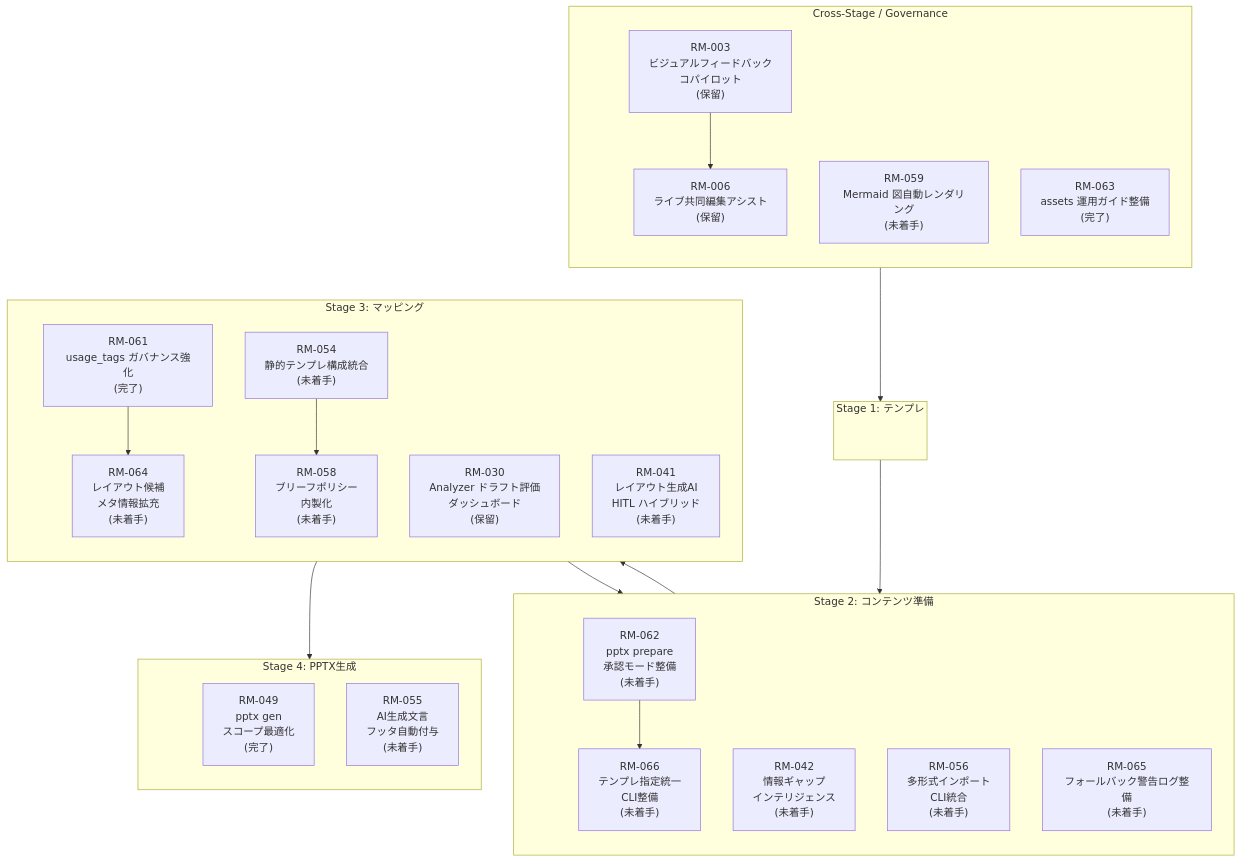
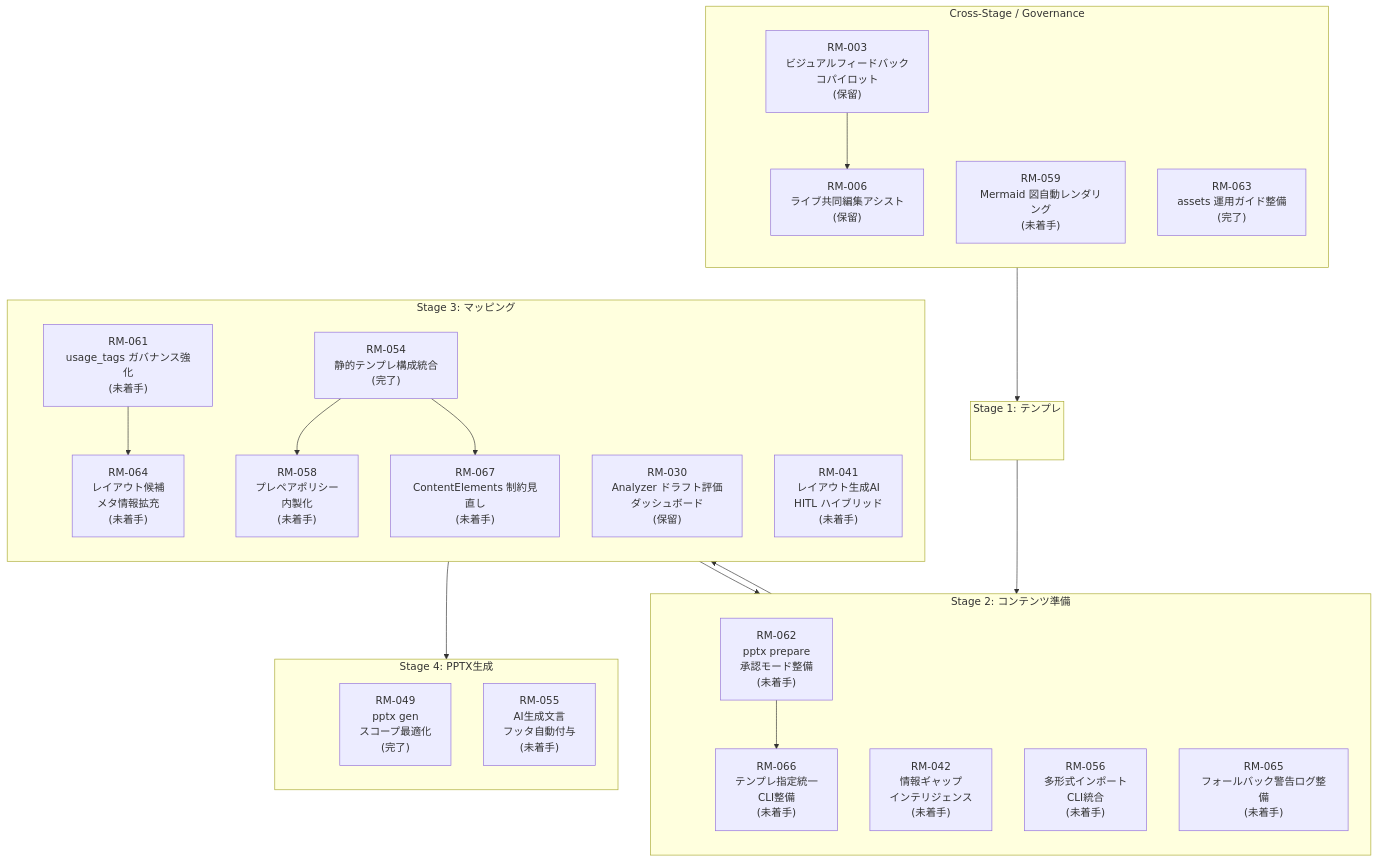
One commit to yurake/pptx_generator changed the diagram in docs/roadmap/roadmap.md. Above: the diagram before and after it, drawn with Mermaid. The commit also changed other lines of this file and 127 other files, not shown here.

First line of the commit message:
fix: align template extraction flow (#298)

````diff
--- a/docs/roadmap/roadmap.md
+++ b/docs/roadmap/roadmap.md
@@ -25,58 +25,60 @@
 ```mermaid
 flowchart TB
     subgraph GOV["Cross-Stage / Governance"]
         direction TB
         GOV_ANCHOR(( ))
         RM003["RM-003<br/>ビジュアルフィードバック<br/>コパイロット<br/>(保留)"]
         RM006["RM-006<br/>ライブ共同編集アシスト<br/>(保留)"]
         RM059["RM-059<br/>Mermaid 図自動レンダリング<br/>(未着手)"]
         RM063["RM-063<br/>assets 運用ガイド整備<br/>(完了)"]
     end
 
     subgraph ST1["Stage 1: テンプレ"]
         direction TB
         ST1_ANCHOR(( ))
     end
 
     subgraph ST2["Stage 2: コンテンツ準備"]
         direction TB
         ST2_ANCHOR(( ))
         RM042["RM-042<br/>情報ギャップ<br/>インテリジェンス<br/>(未着手)"]
         RM056["RM-056<br/>多形式インポート<br/>CLI統合<br/>(未着手)"]
         RM062["RM-062<br/>pptx prepare<br/>承認モード整備<br/>(未着手)"]
         RM065["RM-065<br/>フォールバック警告ログ整備<br/>(未着手)"]
         RM066["RM-066<br/>テンプレ指定統一<br/>CLI整備<br/>(未着手)"]
     end
 
     subgraph ST3["Stage 3: マッピング"]
         direction TB
         ST3_ANCHOR(( ))
         RM030["RM-030<br/>Analyzer ドラフト評価<br/>ダッシュボード<br/>(保留)"]
         RM041["RM-041<br/>レイアウト生成AI<br/>HITL ハイブリッド<br/>(未着手)"]
-        RM054["RM-054<br/>静的テンプレ構成統合<br/>(未着手)"]
-        RM058["RM-058<br/>ブリーフポリシー<br/>内製化<br/>(未着手)"]
-        RM061["RM-061<br/>usage_tags ガバナンス強化<br/>(完了)"]
+        RM054["RM-054<br/>静的テンプレ構成統合<br/>(完了)"]
+        RM058["RM-058<br/>プレペアポリシー<br/>内製化<br/>(未着手)"]
+        RM061["RM-061<br/>usage_tags ガバナンス強化<br/>(未着手)"]
         RM064["RM-064<br/>レイアウト候補<br/>メタ情報拡充<br/>(未着手)"]
+        RM067["RM-067<br/>ContentElements 制約見直し<br/>(未着手)"]
     end
 
     subgraph ST4["Stage 4: PPTX生成"]
         direction TB
         ST4_ANCHOR(( ))
         RM049["RM-049<br/>pptx gen<br/>スコープ最適化<br/>(完了)"]
         RM055["RM-055<br/>AI生成文言<br/>フッタ自動付与<br/>(未着手)"]
     end
 
     style GOV_ANCHOR fill:transparent,stroke:transparent
     style ST1_ANCHOR fill:transparent,stroke:transparent
     style ST2_ANCHOR fill:transparent,stroke:transparent
     style ST3_ANCHOR fill:transparent,stroke:transparent
     style ST4_ANCHOR fill:transparent,stroke:transparent
 
     GOV_ANCHOR --> ST1_ANCHOR --> ST2_ANCHOR --> ST3_ANCHOR --> ST4_ANCHOR
 
     RM003 --> RM006
     RM061 --> RM064
     RM064 --> RM065
     RM062 --> RM066
     RM054 --> RM058
+    RM054 --> RM067
 ```
````
